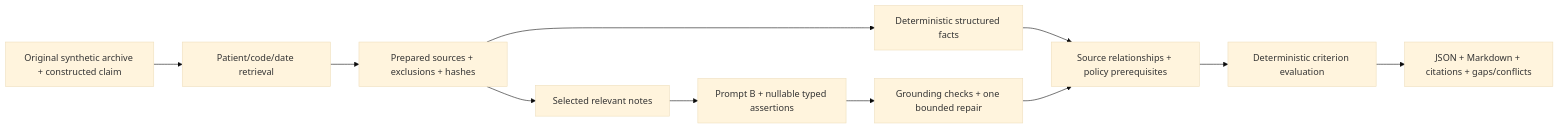
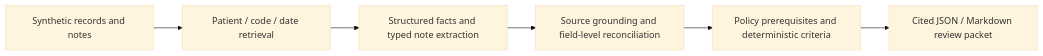
The diagram in README.md (The-Veridis-Lion/Clinical-Evidence-Engine), drawn with Mermaid (base theme) before and after one commit. The commit also changed other lines of this file, not shown here.

````diff
--- a/README.md
+++ b/README.md
@@ -29,13 +30,8 @@
 ```mermaid
 flowchart LR
-    A[Original synthetic archive + constructed claim] --> R[Patient/code/date retrieval]
-    R --> P[Prepared sources + exclusions + hashes]
-    P --> S[Deterministic structured facts]
-    P --> N[Selected relevant notes]
-    N --> L[Prompt B + nullable typed assertions]
-    L --> V[Grounding checks + one bounded repair]
-    S --> C[Source relationships + policy prerequisites]
-    V --> C
-    C --> D[Deterministic criterion evaluation]
-    D --> E[JSON + Markdown + citations + gaps/conflicts]
+    A[Synthetic records and notes] --> B[Patient / code / date retrieval]
+    B --> C[Structured facts and typed note extraction]
+    C --> D[Source grounding and field-level reconciliation]
+    D --> E[Policy prerequisites and deterministic criteria]
+    E --> F[Cited JSON / Markdown review packet]
 ```
````
